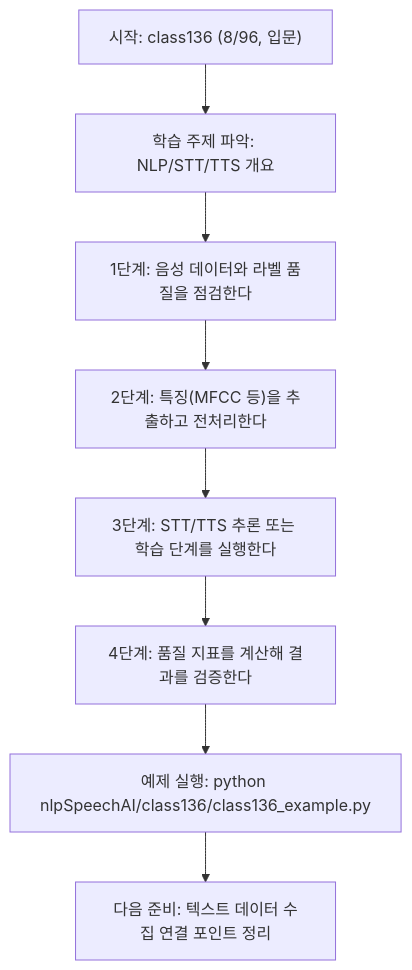
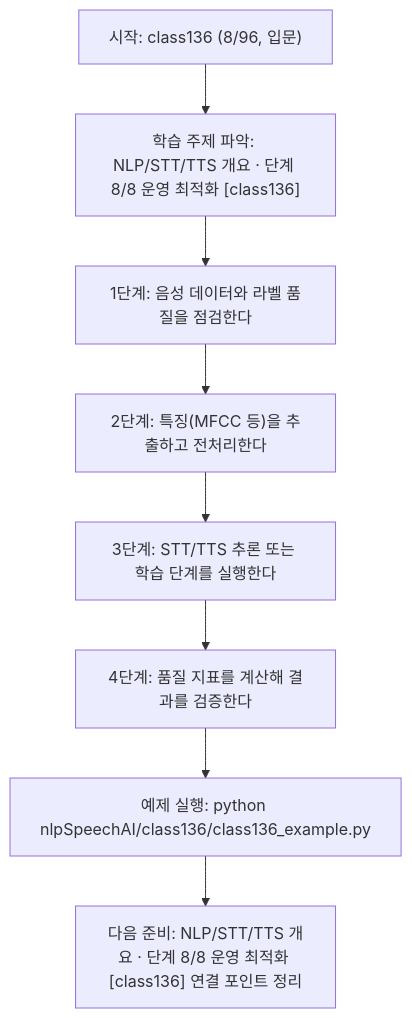
The diagram in nlpSpeechAI/class136/class136.md (edumgt/Python-AI_Agent-Class), drawn with Mermaid before and after one commit. The commit also changed other lines of this file and 522 other files, not shown here.

````diff
--- a/nlpSpeechAI/class136/class136.md
+++ b/nlpSpeechAI/class136/class136.md
@@ -114,18 +115,18 @@
 ```mermaid
 flowchart TD
 N1["시작: class136 (8/96, 입문)"]
-N2["학습 주제 파악: NLP/STT/TTS 개요"]
+N2["학습 주제 파악: NLP/STT/TTS 개요 · 단계 8/8 운영 최적화 [class136]"]
 N3["1단계: 음성 데이터와 라벨 품질을 점검한다"]
 N4["2단계: 특징(MFCC 등)을 추출하고 전처리한다"]
 N5["3단계: STT/TTS 추론 또는 학습 단계를 실행한다"]
 N6["4단계: 품질 지표를 계산해 결과를 검증한다"]
 N7["예제 실행: python nlpSpeechAI/class136/class136_example.py"]
-N8["다음 준비: 텍스트 데이터 수집 연결 포인트 정리"]
+N8["다음 준비: NLP/STT/TTS 개요 · 단계 8/8 운영 최적화 [class136] 연결 포인트 정리"]
 N1 --> N2
 N2 --> N3
 N3 --> N4
 N4 --> N5
 N5 --> N6
 N6 --> N7
 N7 --> N8
 ```
````
